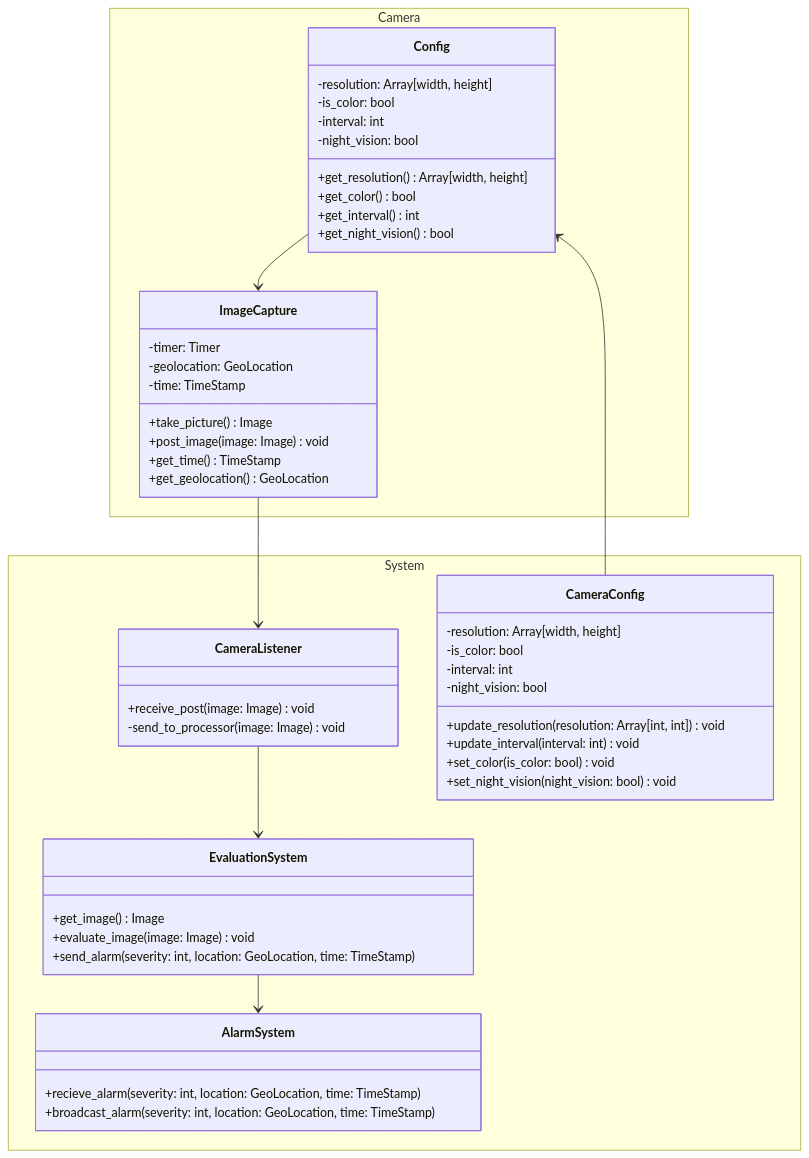
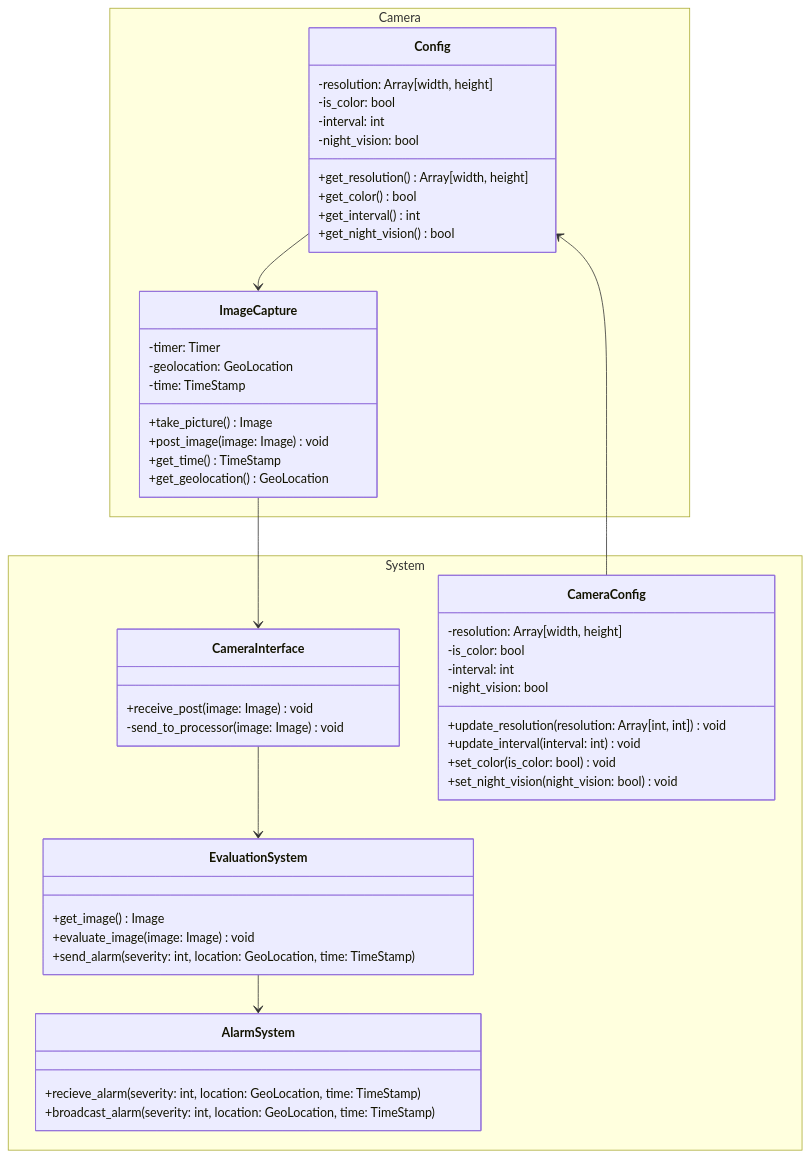
The diagram in backend_UML_class_diagram.mmd (RandomBird058/CS250-F26-Group7), drawn with Mermaid before and after one commit. The commit also changed 1 other file, not shown here.

Commit message:
refactor CameraListener -> CameraInterface

```diff
--- a/backend_UML_class_diagram.mmd
+++ b/backend_UML_class_diagram.mmd
@@ -1,63 +1,63 @@
 classDiagram
    
-   ImageCapture --> CameraListener
+   ImageCapture --> CameraInterface
     Config --> ImageCapture
    Config <-- CameraConfig
-   CameraListener --> EvaluationSystem
+   CameraInterface --> EvaluationSystem
    EvaluationSystem --> AlarmSystem
 
    namespace Camera {
     class ImageCapture {
         -timer: Timer
         -geolocation: GeoLocation
         -time: TimeStamp
 
             +take_picture() Image
             +post_image(image: Image) void
             +get_time() TimeStamp
             +get_geolocation() GeoLocation
         }
 
         class Config {
             -resolution: Array[width, height]
             -is_color: bool
             -interval: int
             -night_vision: bool
 
             +get_resolution() Array[width, height]
             +get_color() bool
             +get_interval() int
             +get_night_vision() bool
         }
     }
 
     namespace System {
-        class CameraListener {
+        class CameraInterface {
             +receive_post(image: Image) void
             -send_to_processor(image: Image) void
         }
 
         class CameraConfig {
             -resolution: Array[width, height]
             -is_color: bool
             -interval: int
             -night_vision: bool
 
             +update_resolution(resolution: Array[int, int]) void
             +update_interval(interval: int) void
             +set_color(is_color: bool) void
             +set_night_vision(night_vision: bool) void
         }
 
         class EvaluationSystem {
             +get_image() Image
             +evaluate_image(image: Image) void
             +send_alarm(severity: int, location: GeoLocation, time: TimeStamp)
 
         }
 
         class AlarmSystem {
             +recieve_alarm(severity: int, location: GeoLocation, time: TimeStamp)
             +broadcast_alarm(severity: int, location: GeoLocation, time: TimeStamp)
         }
     }
```
